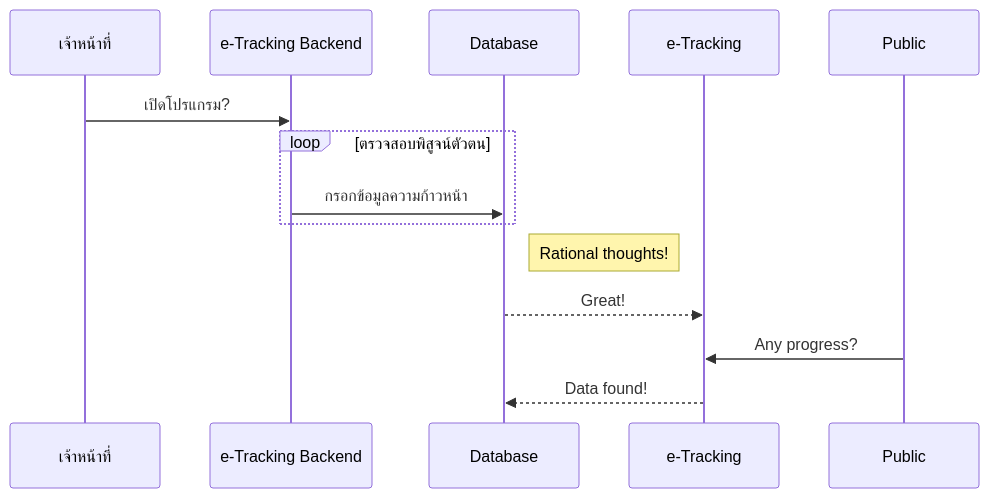
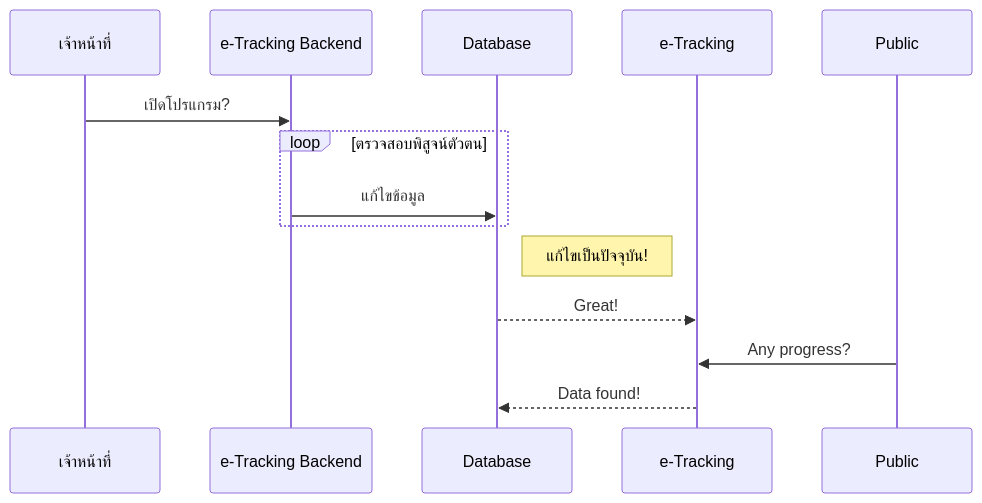
One commit to Kietpawpan/e-tracking changed the second of 2 diagrams in README.md. Above: the diagram before and after it, drawn with Mermaid.

````diff
--- a/README.md
+++ b/README.md
@@ -28,11 +28,11 @@
 ```mermaid
 sequenceDiagram
 เจ้าหน้าที่->>e-Tracking Backend: เปิดโปรแกรม?
 loop ตรวจสอบพิสูจน์ตัวตน
-    e-Tracking Backend->>Database: กรอกข้อมูลความก้าวหน้า
+    e-Tracking Backend->>Database: แก้ไขข้อมูล
 end
-Note right of Database: Rational thoughts!
+Note right of Database: แก้ไขเป็นปัจจุบัน!
 Database-->>e-Tracking: Great!
 Public->>e-Tracking: Any progress?
 e-Tracking-->>Database: Data found!
 ```
````
